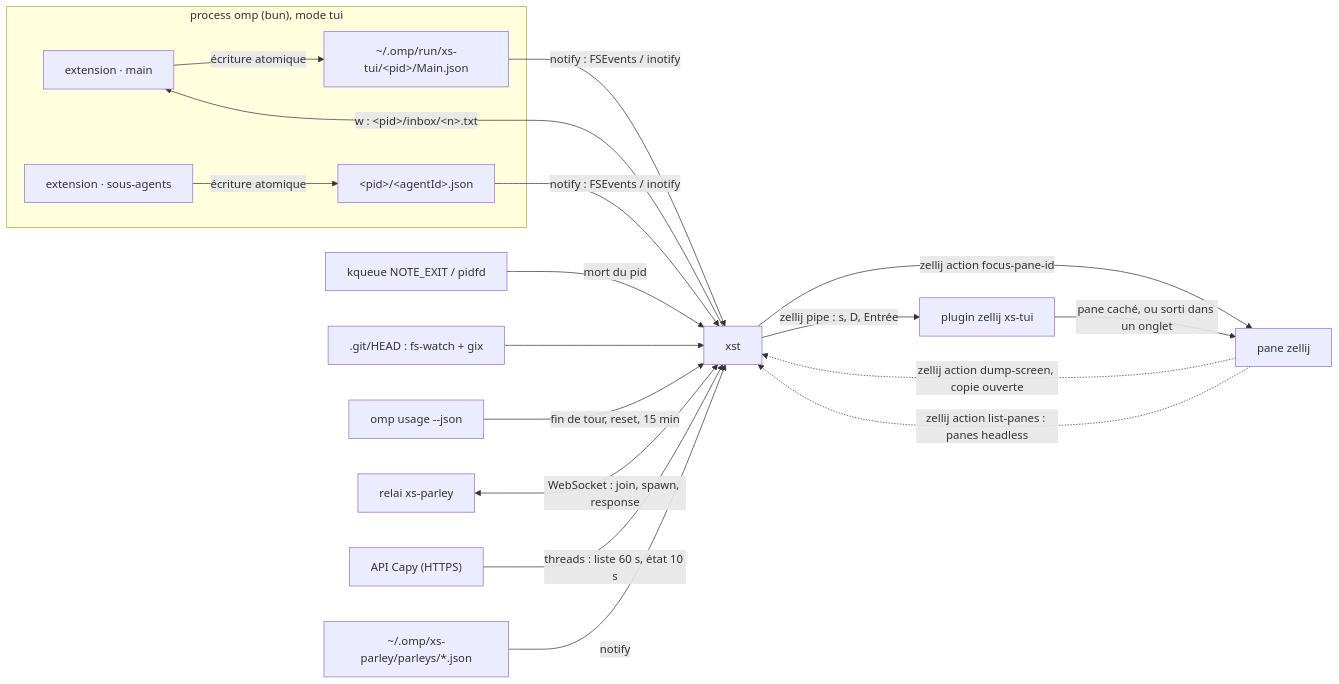
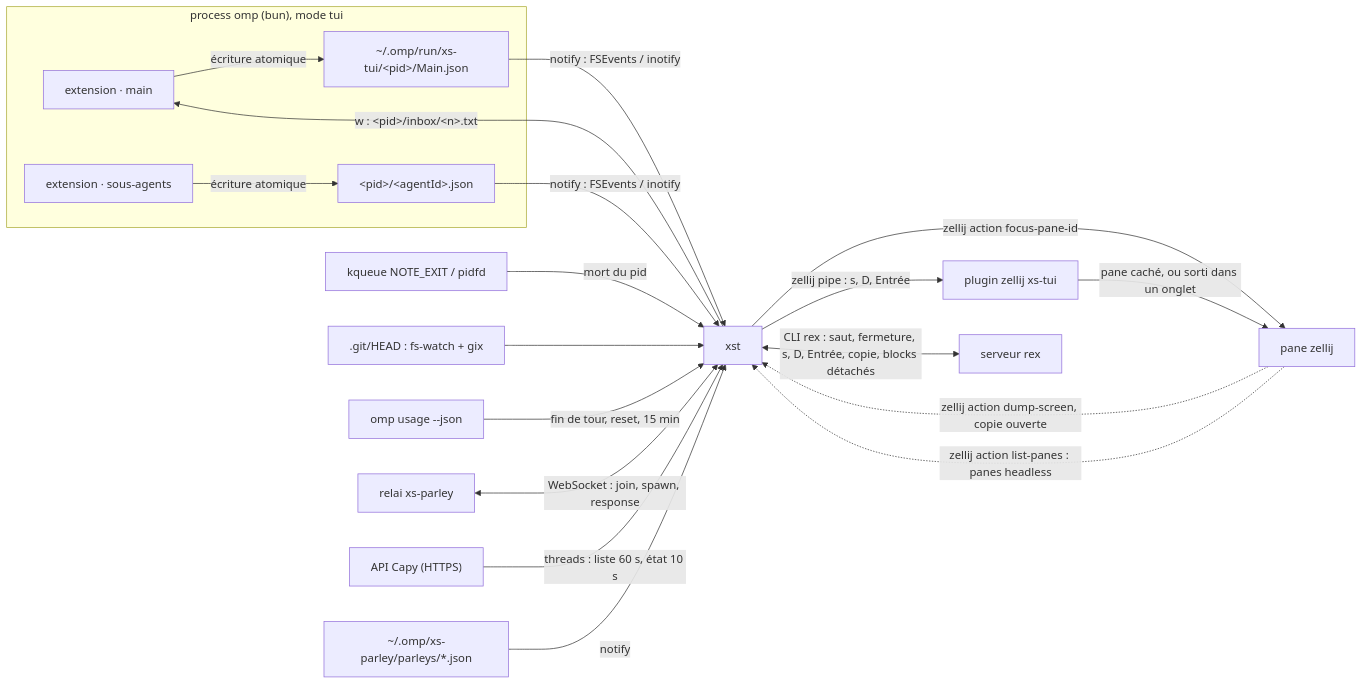
One commit to scolomer/xs-tui changed the diagram in SPEC.md. Above: the diagram before and after it, drawn with Mermaid. The commit also changed other lines of this file and 11 other files, not shown here.

````diff
--- a/SPEC.md
+++ b/SPEC.md
@@ -33,20 +35,21 @@
 ```mermaid
 flowchart LR
   subgraph omp["process omp (bun), mode tui"]
     M[extension · main] -->|écriture atomique| F1["~/.omp/run/xs-tui/&lt;pid&gt;/Main.json"]
     S[extension · sous-agents] -->|écriture atomique| F2["&lt;pid&gt;/&lt;agentId&gt;.json"]
   end
   F1 & F2 -->|notify : FSEvents / inotify| T[xst]
   T -->|w : &lt;pid&gt;/inbox/&lt;n&gt;.txt| M
   K[kqueue NOTE_EXIT / pidfd] -->|mort du pid| T
   G[".git/HEAD : fs-watch + gix"] --> T
   T -->|zellij action focus-pane-id| Z[pane zellij]
   Z -.->|zellij action dump-screen, copie ouverte| T
   T -->|zellij pipe : s, D, Entrée| P[plugin zellij xs-tui]
   P -->|pane caché, ou sorti dans un onglet| Z
   Z -.->|zellij action list-panes : panes headless| T
+  T <-->|CLI rex : saut, fermeture, s, D, Entrée, copie, blocks détachés| RX[serveur rex]
   U["omp usage --json"] -->|fin de tour, reset, 15 min| T
   R[relai xs-parley] <-->|WebSocket : join, spawn, response| T
   C["API Capy (HTTPS)"] -->|threads : liste 60 s, état 10 s| T
   X["~/.omp/xs-parley/parleys/*.json"] -->|notify| T
 ```
````
